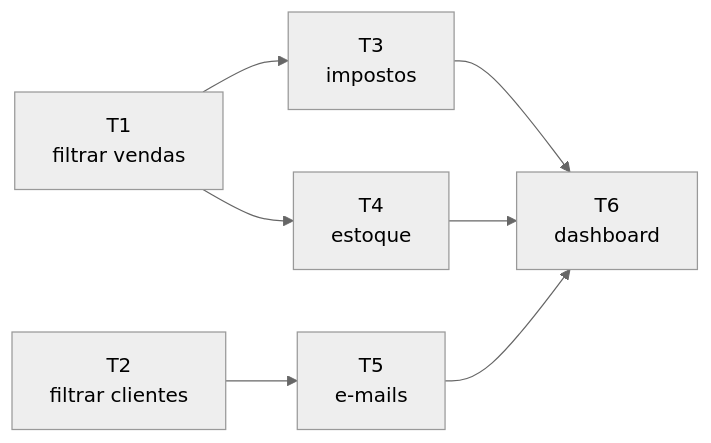
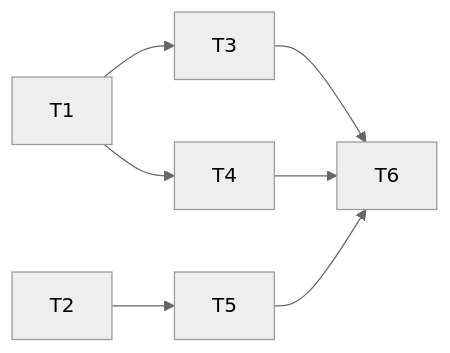
One commit to HerikDR/estudo-comp-escalavel changed the second of 2 diagrams in estudo/12_joins_spark_revisao_prova.md. Above: the diagram before and after it, drawn with Mermaid (neutral theme). The commit also changed other lines of this file and 10 other files, not shown here.

````diff
--- a/estudo/12_joins_spark_revisao_prova.md
+++ b/estudo/12_joins_spark_revisao_prova.md
@@ -460,9 +70,9 @@
 ```mermaid
 flowchart LR
-    T1["T1<br/>filtrar vendas"] --> T3["T3<br/>impostos"]
-    T1 --> T4["T4<br/>estoque"]
-    T2["T2<br/>filtrar clientes"] --> T5["T5<br/>e-mails"]
-    T3 --> T6["T6<br/>dashboard"]
+    T1 --> T3
+    T1 --> T4
+    T2 --> T5
+    T3 --> T6
     T4 --> T6
     T5 --> T6
 ```
````
